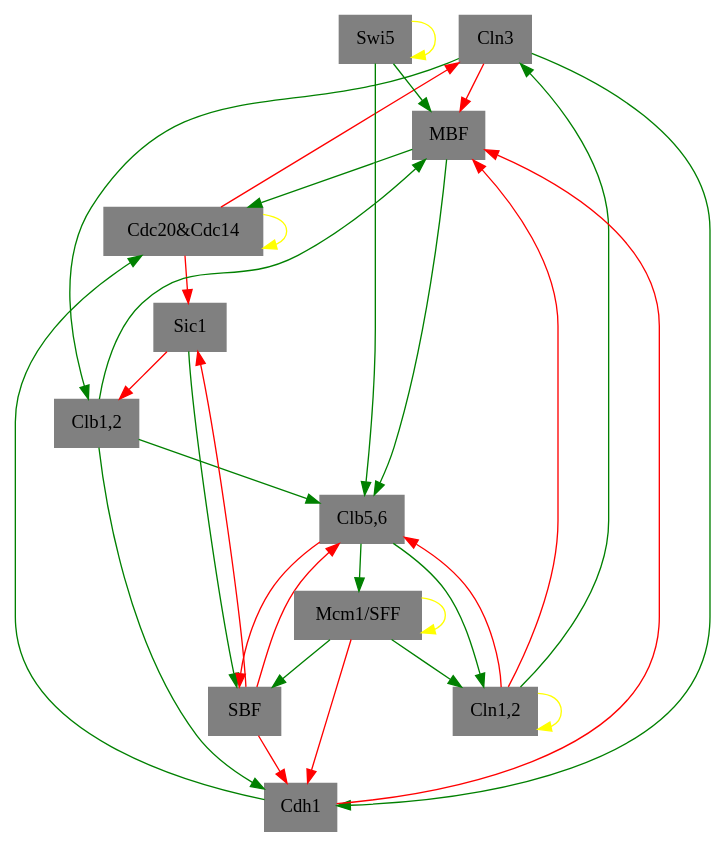
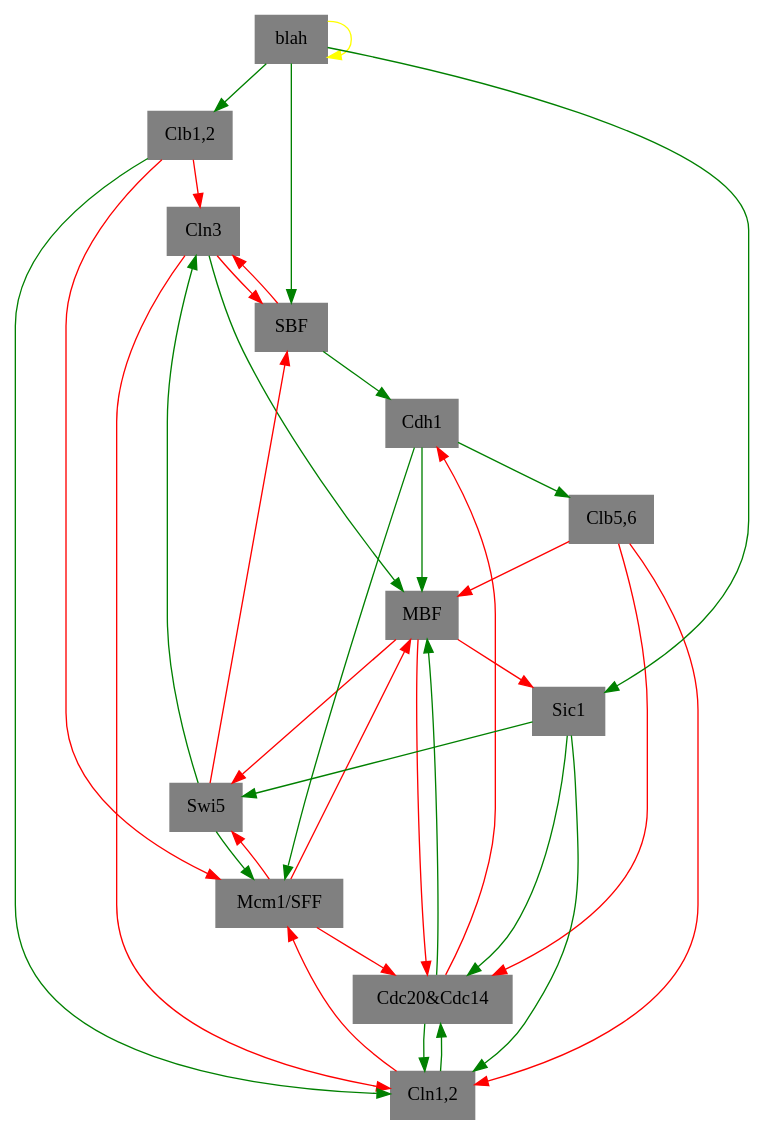
The diagram in graph.gv (ellaqezi/cellCycle), drawn with Graphviz before and after one commit. The commit also changed 2 other files, not shown here.

```diff
--- a/graph.gv
+++ b/graph.gv
@@ -1,66 +1,71 @@
-digraph 00000000000  {
+digraph 000000000000  {
 "Cln3" [shape=box, color=gray, style=filled];
 	edge [color=green]; 
-	"Cln1,2" -> "Cln3";
+	"Swi5" -> "Cln3";
 	edge [color=red]; 
-	"Cdc20&Cdc14" -> "Cln3";
+	"Clb1,2" -> "Cln3";
+	"SBF" -> "Cln3";
 "MBF" [shape=box, color=gray, style=filled];
 	edge [color=green]; 
-	"Clb1,2" -> "MBF";
-	"Swi5" -> "MBF";
+	"Cdc20&Cdc14" -> "MBF";
+	"Cdh1" -> "MBF";
+	"Cln3" -> "MBF";
 	edge [color=red]; 
-	"Cdh1" -> "MBF";
-	"Cln1,2" -> "MBF";
-	"Cln3" -> "MBF";
+	"Clb5,6" -> "MBF";
+	"Mcm1/SFF" -> "MBF";
 "SBF" [shape=box, color=gray, style=filled];
 	edge [color=green]; 
-	"Mcm1/SFF" -> "SBF";
-	"Sic1" -> "SBF";
+	"blah" -> "SBF";
 	edge [color=red]; 
-	"Clb5,6" -> "SBF";
+	"Cln3" -> "SBF";
+	"Swi5" -> "SBF";
 "Cln1,2" [shape=box, color=gray, style=filled];
-	edge [color=yellow]; 
-	"Cln1,2" -> "Cln1,2";
 	edge [color=green]; 
+	"Cdc20&Cdc14" -> "Cln1,2";
+	"Clb1,2" -> "Cln1,2";
+	"Sic1" -> "Cln1,2";
+	edge [color=red]; 
 	"Clb5,6" -> "Cln1,2";
-	"Mcm1/SFF" -> "Cln1,2";
+	"Cln3" -> "Cln1,2";
 "Cdh1" [shape=box, color=gray, style=filled];
 	edge [color=green]; 
-	"Clb1,2" -> "Cdh1";
-	"Cln3" -> "Cdh1";
+	"SBF" -> "Cdh1";
 	edge [color=red]; 
-	"Mcm1/SFF" -> "Cdh1";
-	"SBF" -> "Cdh1";
+	"Cdc20&Cdc14" -> "Cdh1";
 "Swi5" [shape=box, color=gray, style=filled];
-	edge [color=yellow]; 
-	"Swi5" -> "Swi5";
+	edge [color=green]; 
+	"Sic1" -> "Swi5";
+	edge [color=red]; 
+	"MBF" -> "Swi5";
+	"Mcm1/SFF" -> "Swi5";
 "Cdc20&Cdc14" [shape=box, color=gray, style=filled];
-	edge [color=yellow]; 
-	"Cdc20&Cdc14" -> "Cdc20&Cdc14";
 	edge [color=green]; 
-	"Cdh1" -> "Cdc20&Cdc14";
+	"Cln1,2" -> "Cdc20&Cdc14";
+	"Sic1" -> "Cdc20&Cdc14";
+	edge [color=red]; 
+	"Clb5,6" -> "Cdc20&Cdc14";
 	"MBF" -> "Cdc20&Cdc14";
+	"Mcm1/SFF" -> "Cdc20&Cdc14";
 "Clb5,6" [shape=box, color=gray, style=filled];
 	edge [color=green]; 
-	"Clb1,2" -> "Clb5,6";
-	"MBF" -> "Clb5,6";
-	"Swi5" -> "Clb5,6";
+	"Cdh1" -> "Clb5,6";
+"Sic1" [shape=box, color=gray, style=filled];
+	edge [color=green]; 
+	"blah" -> "Sic1";
 	edge [color=red]; 
-	"Cln1,2" -> "Clb5,6";
-	"SBF" -> "Clb5,6";
-"Sic1" [shape=box, color=gray, style=filled];
-	edge [color=red]; 
-	"Cdc20&Cdc14" -> "Sic1";
-	"SBF" -> "Sic1";
+	"MBF" -> "Sic1";
 "Clb1,2" [shape=box, color=gray, style=filled];
 	edge [color=green]; 
-	"Cln3" -> "Clb1,2";
+	"blah" -> "Clb1,2";
+"Mcm1/SFF" [shape=box, color=gray, style=filled];
+	edge [color=green]; 
+	"Cdh1" -> "Mcm1/SFF";
+	"Swi5" -> "Mcm1/SFF";
 	edge [color=red]; 
-	"Sic1" -> "Clb1,2";
-"Mcm1/SFF" [shape=box, color=gray, style=filled];
+	"Clb1,2" -> "Mcm1/SFF";
+	"Cln1,2" -> "Mcm1/SFF";
+"blah" [shape=box, color=gray, style=filled];
 	edge [color=yellow]; 
-	"Mcm1/SFF" -> "Mcm1/SFF";
-	edge [color=green]; 
-	"Clb5,6" -> "Mcm1/SFF";
+	"blah" -> "blah";
 
 }
```
